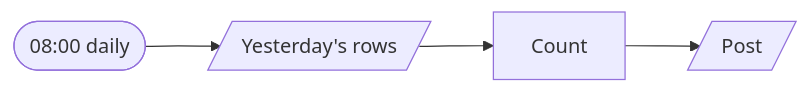
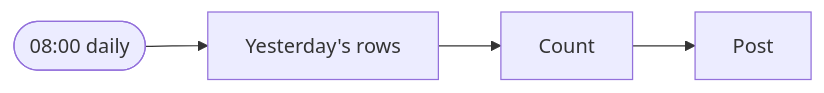
The first of 3 diagrams in blocks/schedule/README.md (kimjoshuadr/n8n-workflows), drawn with Mermaid before and after one commit. The commit also changed other lines of this file and 184 other files, not shown here.

Commit message:
Finish the move to named platforms: blocks, BambooHR, generated README, schema and platform marks

````diff
--- a/blocks/schedule/README.md
+++ b/blocks/schedule/README.md
@@ -17,10 +15,10 @@
 ```mermaid
 flowchart LR
   n1k1kxc4(["08:00 daily"])
-  nz0fvsi[/"Yesterday's rows"/]
+  nz0fvsi["Yesterday's rows"]
   n4e6xjc["Count"]
-  n5c093[/"Post"/]
+  n5c093["Post"]
   n1k1kxc4 --> nz0fvsi
   nz0fvsi --> n4e6xjc
   n4e6xjc --> n5c093
 ```
````
